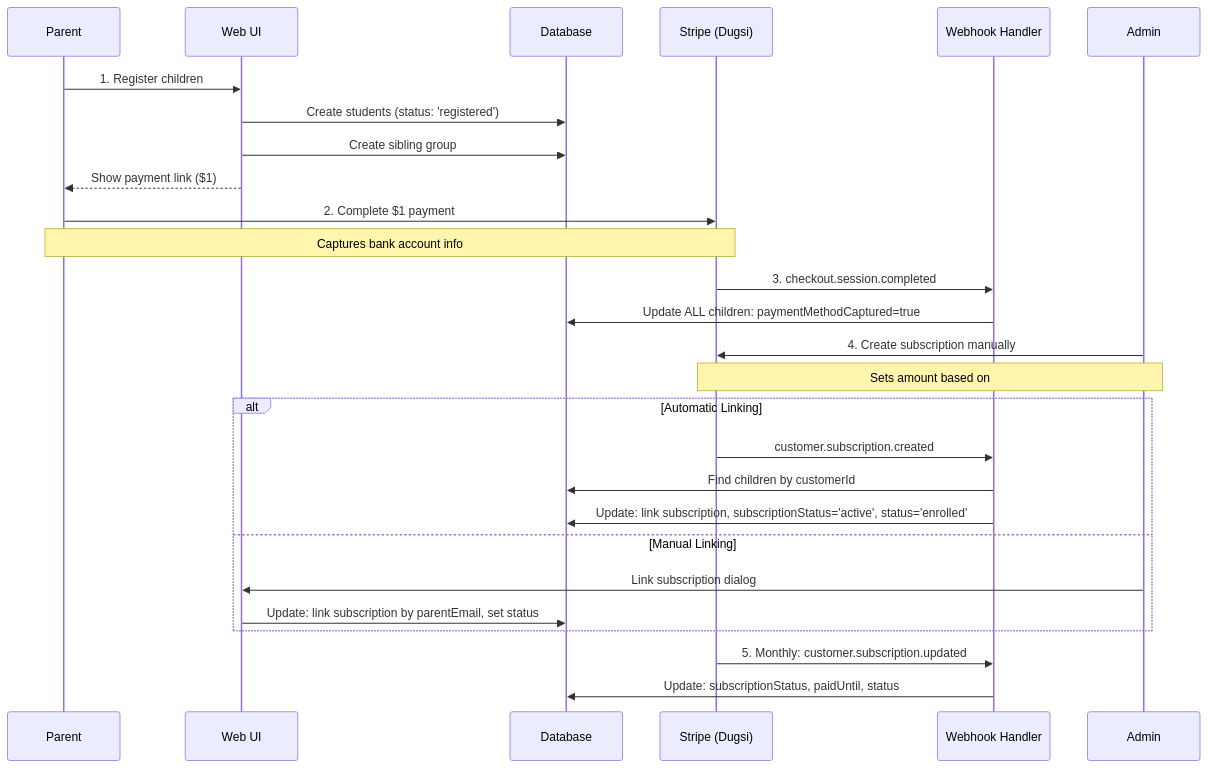
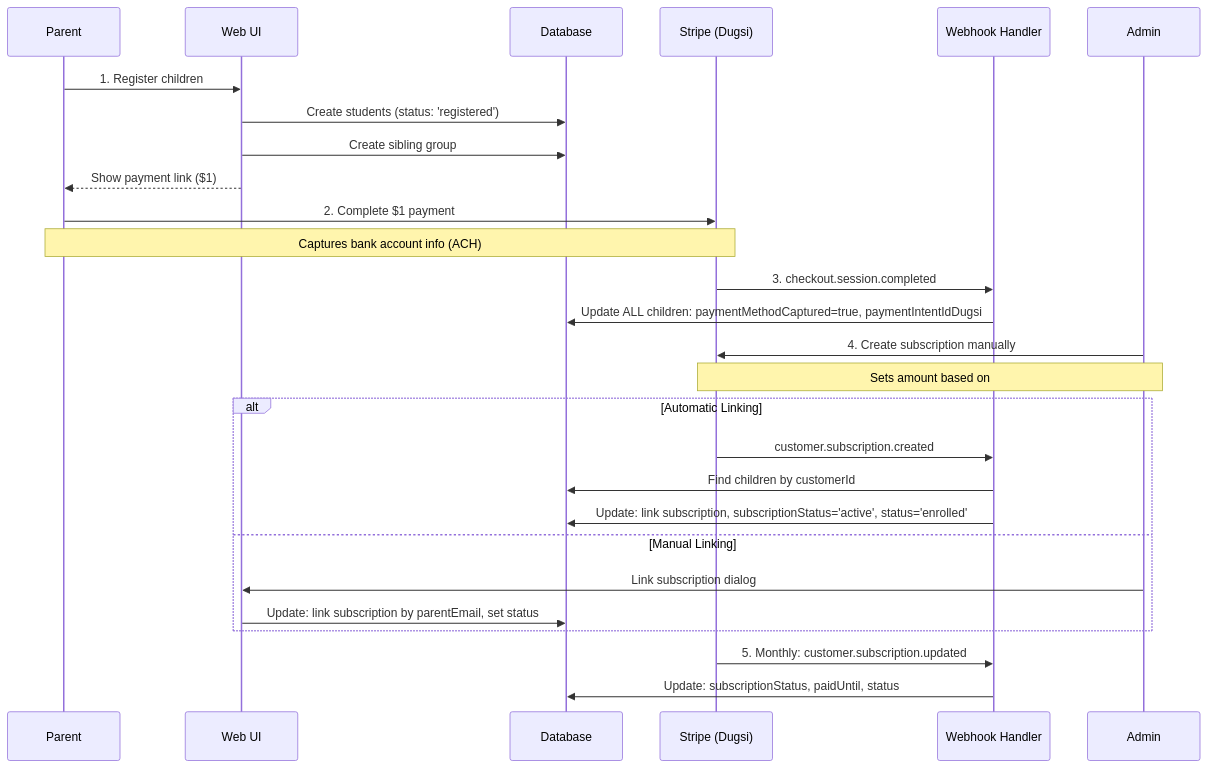
One commit to mustafamuse/irshad-center changed the second of 2 diagrams in docs/STUDENT_SUBSCRIPTION_CORRELATION.md. Above: the diagram before and after it, drawn with Mermaid. The commit also changed other lines of this file, not shown here.

Commit message:
docs: Add paymentIntentIdDugsi field to Student model documentation
- Add paymentIntentIdDugsi field to Student schema (used for ACH bank verification)
- Update Dugsi workflow to show PaymentIntent capture during checkout
- Add note about microdeposit verification process
- Complete Dugsi architecture documentation with bank verification context

````diff
--- a/docs/STUDENT_SUBSCRIPTION_CORRELATION.md
+++ b/docs/STUDENT_SUBSCRIPTION_CORRELATION.md
@@ -271,35 +272,35 @@
 ```mermaid
 sequenceDiagram
     participant P as Parent
     participant UI as Web UI
     participant DB as Database
     participant Stripe as Stripe (Dugsi)
     participant WH as Webhook Handler
     participant Admin as Admin
 
     P->>UI: 1. Register children
     UI->>DB: Create students (status: 'registered')
     UI->>DB: Create sibling group
     UI-->>P: Show payment link ($1)
 
     P->>Stripe: 2. Complete $1 payment
-    Note over P,Stripe: Captures bank account info
+    Note over P,Stripe: Captures bank account info (ACH)
 
     Stripe->>WH: 3. checkout.session.completed
-    WH->>DB: Update ALL children: paymentMethodCaptured=true
+    WH->>DB: Update ALL children: paymentMethodCaptured=true, paymentIntentIdDugsi
 
     Admin->>Stripe: 4. Create subscription manually
     Note over Admin,Stripe: Sets amount based on # of kids
 
     alt Automatic Linking
         Stripe->>WH: customer.subscription.created
         WH->>DB: Find children by customerId
         WH->>DB: Update: link subscription, subscriptionStatus='active', status='enrolled'
     else Manual Linking
         Admin->>UI: Link subscription dialog
         UI->>DB: Update: link subscription by parentEmail, set status
     end
 
     Stripe->>WH: 5. Monthly: customer.subscription.updated
     WH->>DB: Update: subscriptionStatus, paidUntil, status
 ```
````
